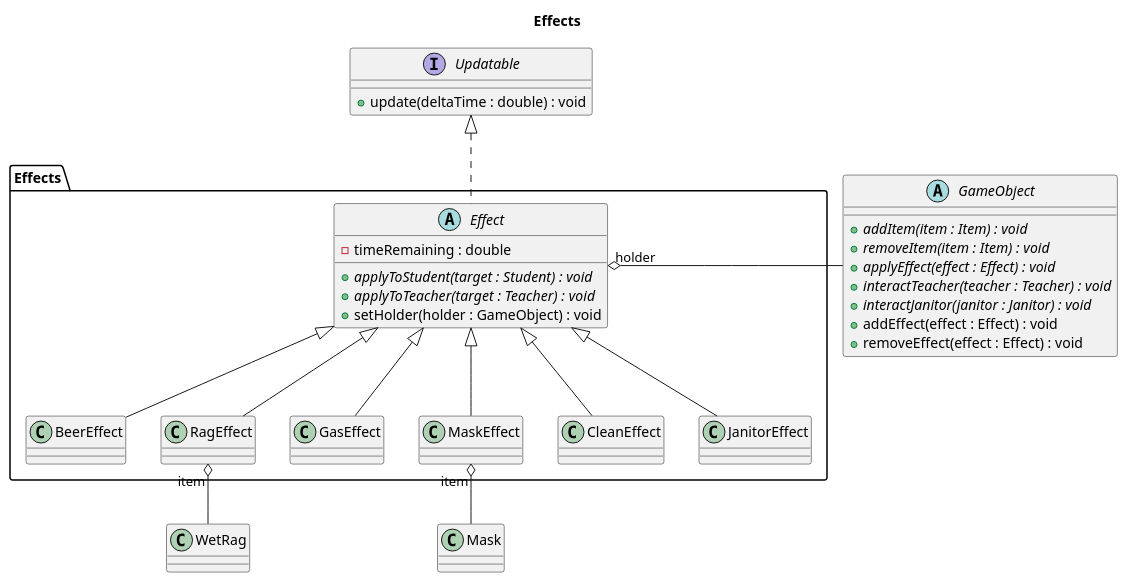
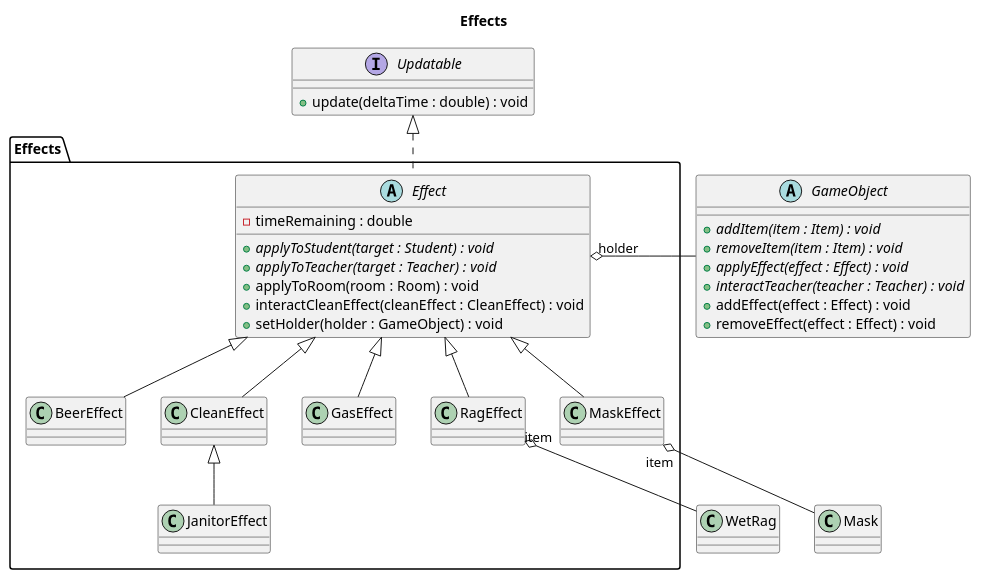
One commit to sn4k3ch4rm3r/logarlec changed the diagram in docs/diagrams/class/effects.puml. Above: the diagram before and after it, drawn with PlantUML. The commit also changed 3 other files, not shown here.

Commit message:
Added methods to class diagram

```diff
--- a/docs/diagrams/class/effects.puml
+++ b/docs/diagrams/class/effects.puml
@@ -1,55 +1,56 @@
 @startuml effects
 
 title Effects
 ' left to right direction
 
 package Effects {
 	abstract Effect {
 		- timeRemaining : double
 		+ {abstract} applyToStudent(target : Student) : void
 		+ {abstract} applyToTeacher(target : Teacher) : void
+		+ applyToRoom(room : Room) : void
+		+ interactCleanEffect(cleanEffect : CleanEffect) : void
 		+ setHolder(holder : GameObject) : void
 	}
 
 	class BeerEffect
 	class RagEffect
 	class GasEffect
 	class MaskEffect
 	class CleanEffect
 	class JanitorEffect
 
 	together {
 		Effect <|-- BeerEffect
 		Effect <|-- RagEffect
 		Effect <|-- GasEffect
 		Effect <|-- MaskEffect
 		Effect <|-- CleanEffect
-		Effect <|-- JanitorEffect
+		CleanEffect <|-- JanitorEffect
 	}
 	
 }
 
 interface Updatable {
 	+ update(deltaTime : double) : void
 }
 
 abstract GameObject {
 	+ {abstract} addItem(item : Item) : void
 	+ {abstract} removeItem(item : Item) : void
 	+ {abstract} applyEffect(effect : Effect) : void
 	+ {abstract} interactTeacher(teacher : Teacher) : void
-	+ {abstract} interactJanitor(janitor : Janitor) : void
 	+ addEffect(effect : Effect) : void
 	+ removeEffect(effect : Effect) : void
 }
 
 class Mask
 class WetRag 
 
 Updatable <|.- Effect
 
 Effect "holder" o- GameObject
 MaskEffect "item" o-- Mask
 RagEffect "item" o-- WetRag
 
 @enduml
```
